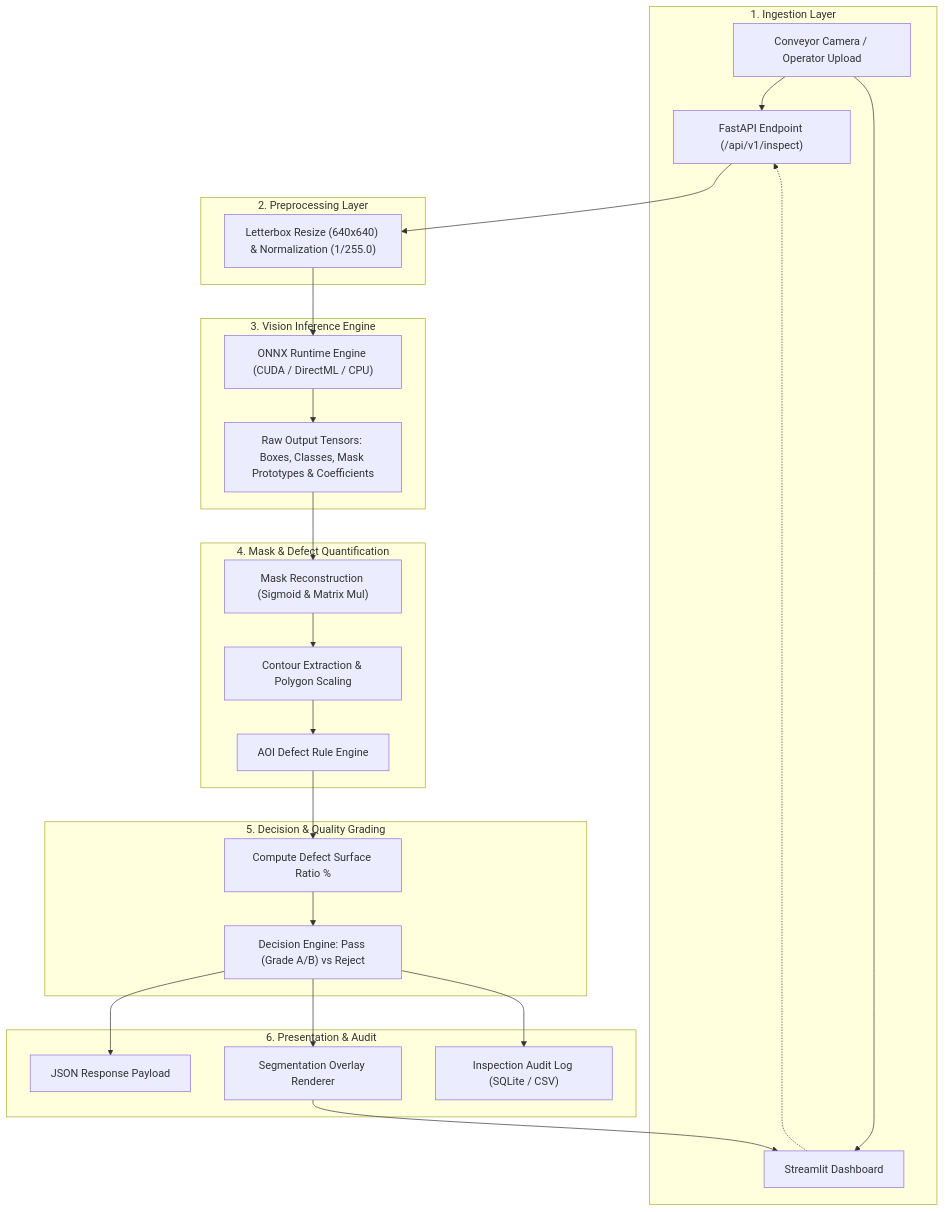
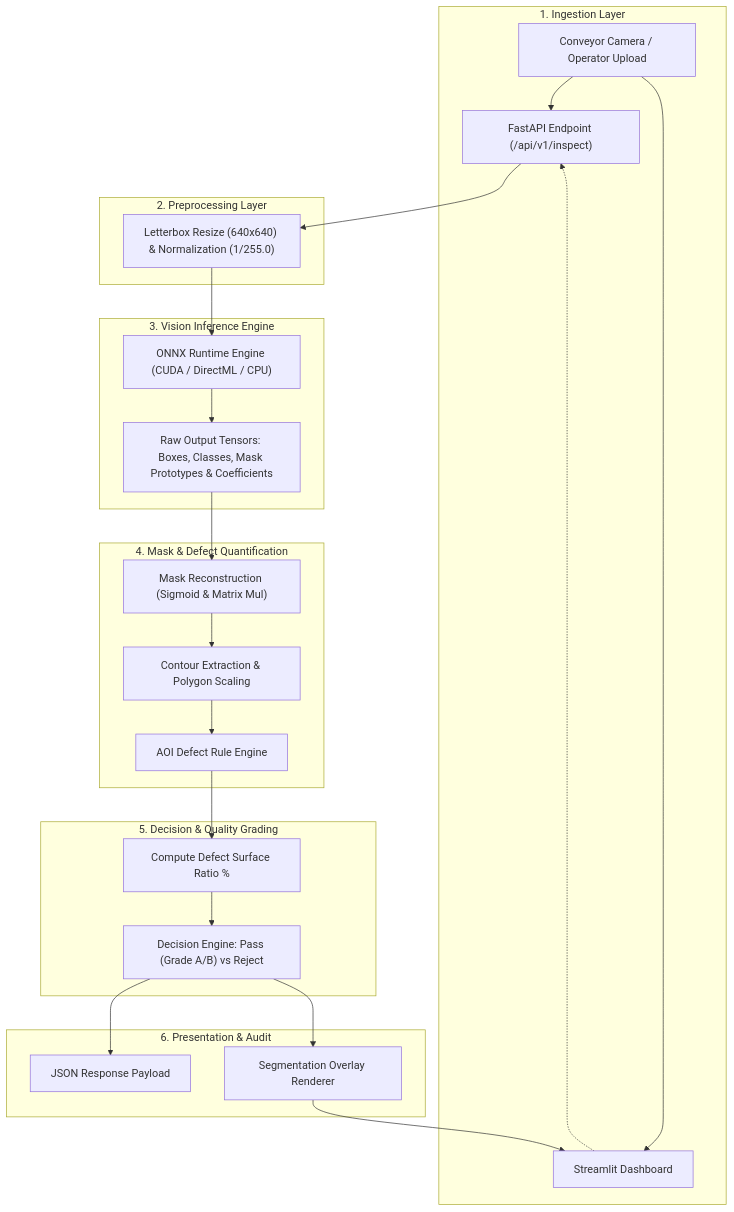
One commit to luqshzeeq3601-art/food-defect-ai changed the diagram in docs/architecture/ARCHITECTURE.md. Above: the diagram before and after it, drawn with Mermaid. The commit also changed other lines of this file, not shown here.

Commit message:
docs: align architecture with implemented API

````diff
--- a/docs/architecture/ARCHITECTURE.md
+++ b/docs/architecture/ARCHITECTURE.md
@@ -5,35 +5,34 @@
 ```mermaid
 flowchart TD
     subgraph Ingestion["1. Ingestion Layer"]
         CAM["Conveyor Camera / Operator Upload"] --> API["FastAPI Endpoint (/api/v1/inspect)"]
         CAM --> UI["Streamlit Dashboard"]
         UI -.-> API
     end
 
     subgraph Preprocessing["2. Preprocessing Layer"]
         API --> PRE["Letterbox Resize (640x640) & Normalization (1/255.0)"]
     end
 
     subgraph Inference["3. Vision Inference Engine"]
         PRE --> ORT["ONNX Runtime Engine (CUDA / DirectML / CPU)"]
         ORT --> OUT["Raw Output Tensors: Boxes, Classes, Mask Prototypes & Coefficients"]
     end
 
     subgraph Postprocessing["4. Mask & Defect Quantification"]
         OUT --> MASK["Mask Reconstruction (Sigmoid & Matrix Mul)"]
         MASK --> MESH["Contour Extraction & Polygon Scaling"]
         MESH --> RULE["AOI Defect Rule Engine"]
     end
 
     subgraph Grading["5. Decision & Quality Grading"]
         RULE --> CALC["Compute Defect Surface Ratio %"]
         CALC --> DECIDE["Decision Engine: Pass (Grade A/B) vs Reject"]
     end
 
     subgraph Delivery["6. Presentation & Audit"]
         DECIDE --> RES["JSON Response Payload"]
         DECIDE --> VIS["Segmentation Overlay Renderer"]
-        DECIDE --> LOG["Inspection Audit Log (SQLite / CSV)"]
         VIS --> UI
     end
 ```
````
